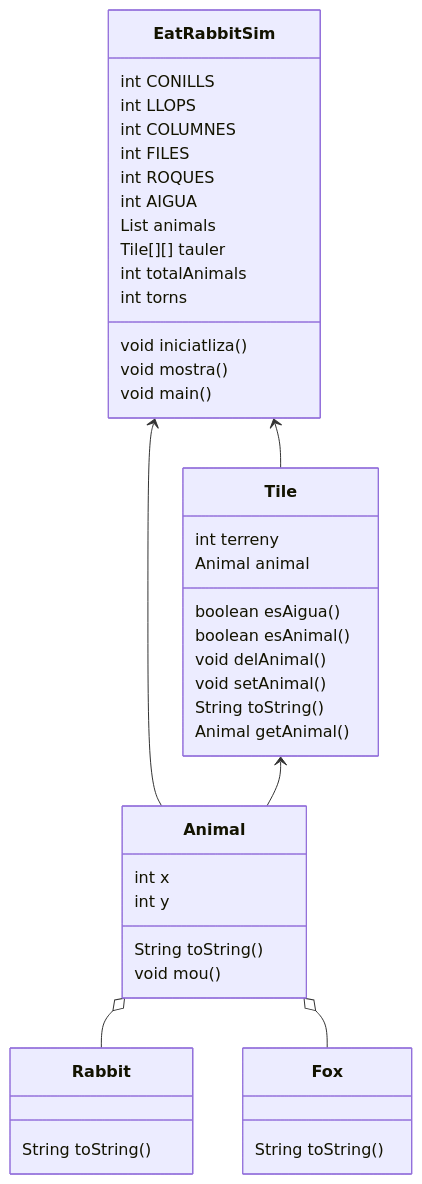
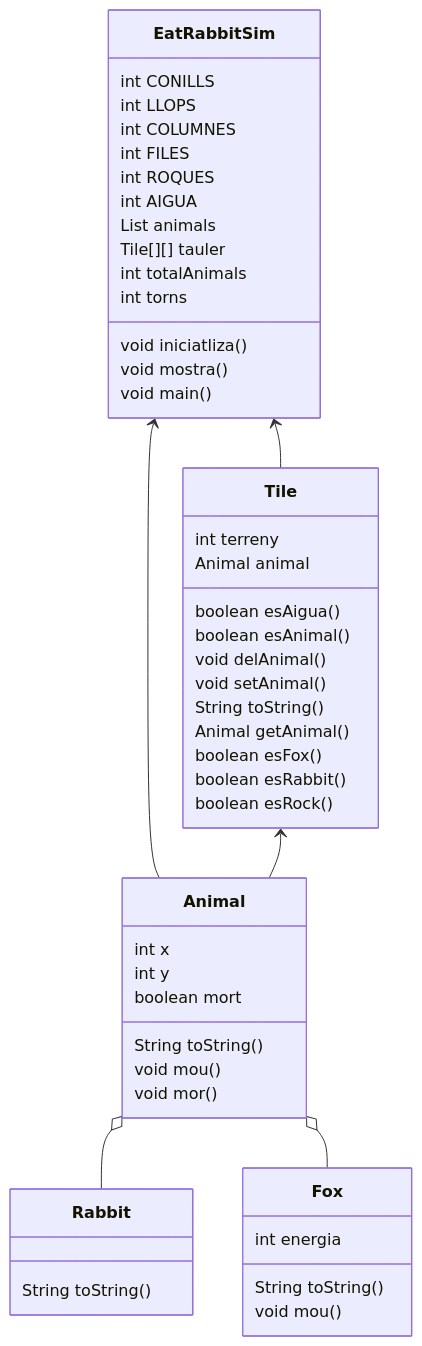
One commit to JoseZaqITB/JoseZaquinaula_dam_m05_uf3 changed the diagram in src/Diagram.md. Above: the diagram before and after it, drawn with Mermaid.

Commit message:
diagram updated

````diff
--- a/src/Diagram.md
+++ b/src/Diagram.md
@@ -1,49 +1,56 @@
 ``` mermaid
 classDiagram
  class Animal{
   int x
   int y
+  boolean mort
   String  toString()
   void mou()
+  void mor()
  }
  class EatRabbitSim{
     int CONILLS
     int LLOPS
     int COLUMNES
     int FILES
     int ROQUES
     int AIGUA
     List animals
     Tile[][] tauler
     int totalAnimals
     int torns
     void iniciatliza()
     void mostra()
     void main()
  }
  
  class Fox{
+    int energia
     String toString()
+    void mou()
  }
  
  class Rabbit{
     String toString()
  }
  
  class Tile{
     int terreny
     Animal animal
     boolean esAigua()
     boolean esAnimal()
     void delAnimal()
     void setAnimal()
     String toString()
     Animal getAnimal()
+    boolean esFox()
+    boolean esRabbit()
+    boolean esRock()
  }
  
  EatRabbitSim <-- Animal
  EatRabbitSim <-- Tile
  Tile <-- Animal
  Animal o-- Rabbit
  Animal o-- Fox
 ```
````
